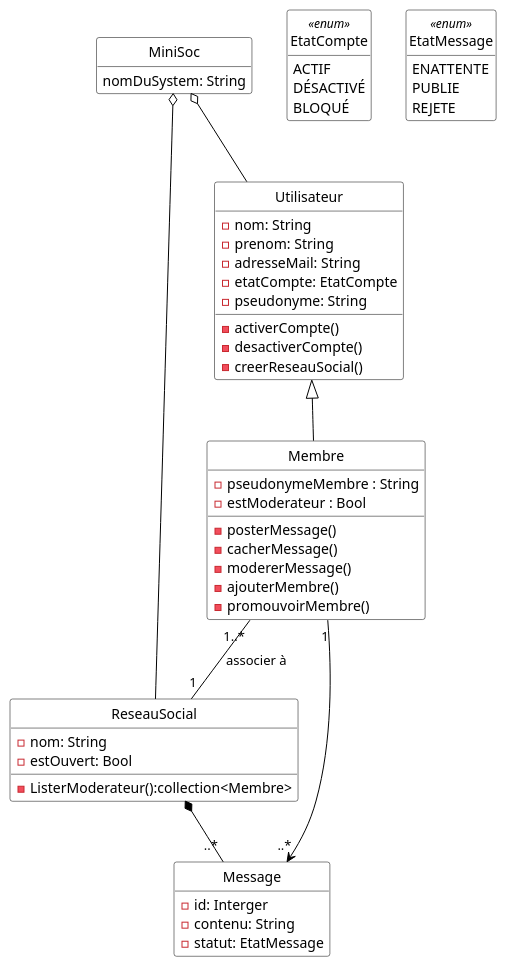
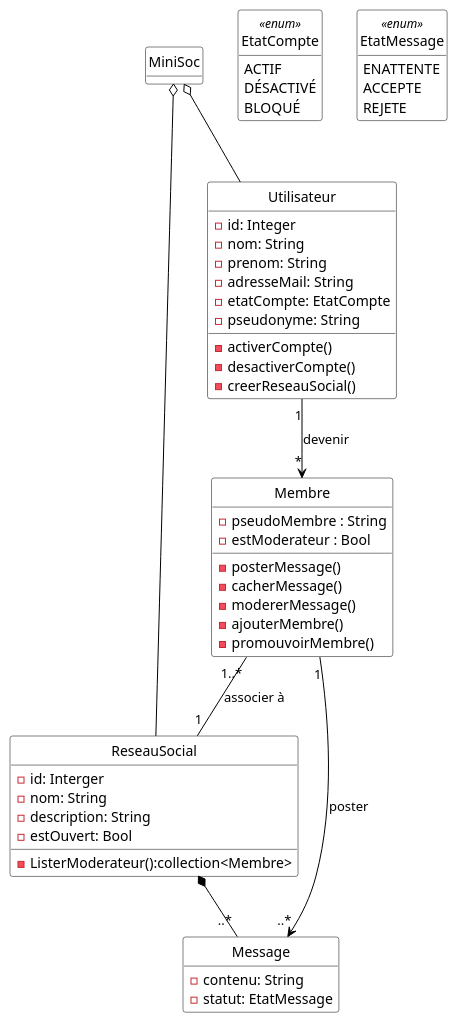
Before and after one commit to yesminete/MiniSocs: the diagram in Diagrammes/minisocs_uml_diag_classes_sans_notif.pu, drawn with PlantUML. The commit also changed 2 other files, not shown here.

Commit message:
Modification diagramme de classe

```diff
--- a/Diagrammes/minisocs_uml_diag_classes_sans_notif.pu
+++ b/Diagrammes/minisocs_uml_diag_classes_sans_notif.pu
@@ -1,78 +1,79 @@
 @startuml
 
 'Diagramme de classes (PlantUML)'
 
 'Configuration charte graphique'
 hide empty methods
 hide circle
 skinparam class {
   BackgroundColor White
   ArrowColor Black
   BorderColor Black
 }
 
 'Classes, énumérations, etc.'
 class ReseauSocial {
+  -id: Interger
   -nom: String
+  -description: String
   -estOuvert: Bool
   -ListerModerateur():collection<Membre>
 }
 
 
 class Utilisateur {
+  -id: Integer
   -nom: String
   -prenom: String
   -adresseMail: String
   -etatCompte: EtatCompte
   -pseudonyme: String
   -activerCompte()
   -desactiverCompte()
   -creerReseauSocial()
 }
 
 
 class Membre{
-  -pseudonymeMembre : String
+  -pseudoMembre : String
   -estModerateur : Bool
   -posterMessage()
   -cacherMessage()
   -modererMessage()
   -ajouterMembre()
   -promouvoirMembre()
 }
 
 class Message{
-  -id: Interger
   -contenu: String
   -statut: EtatMessage
 }
 
 class MiniSoc{
-nomDuSystem: String
 }
 
 enum EtatCompte <<enum>> {
   ACTIF
   DÉSACTIVÉ
   BLOQUÉ
 }
 
 enum EtatMessage <<enum>>{
   ENATTENTE
-  PUBLIE
+  ACCEPTE
   REJETE
 }
 
 'Associations, etc.'
 
 MiniSoc o-- Utilisateur
 MiniSoc o-- ReseauSocial
-Utilisateur <|-- Membre 
+Utilisateur "1"-->"*" Membre : devenir 
 Membre "1..*"--"1" ReseauSocial : associer à
-Membre "1"-->"..*" Message
+Membre "1"-->"..*" Message : poster
 ReseauSocial *--"..*" Message
 
 
 'Au besoin, aides pour le positionnement'
 
 @enduml
```
